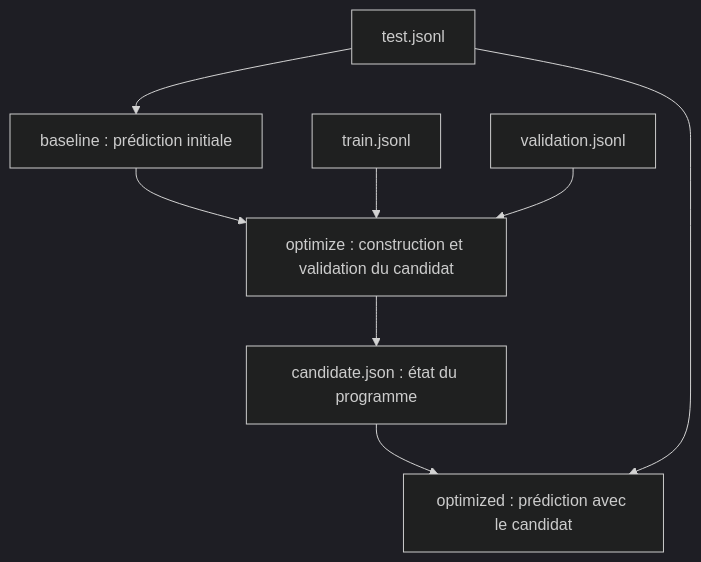
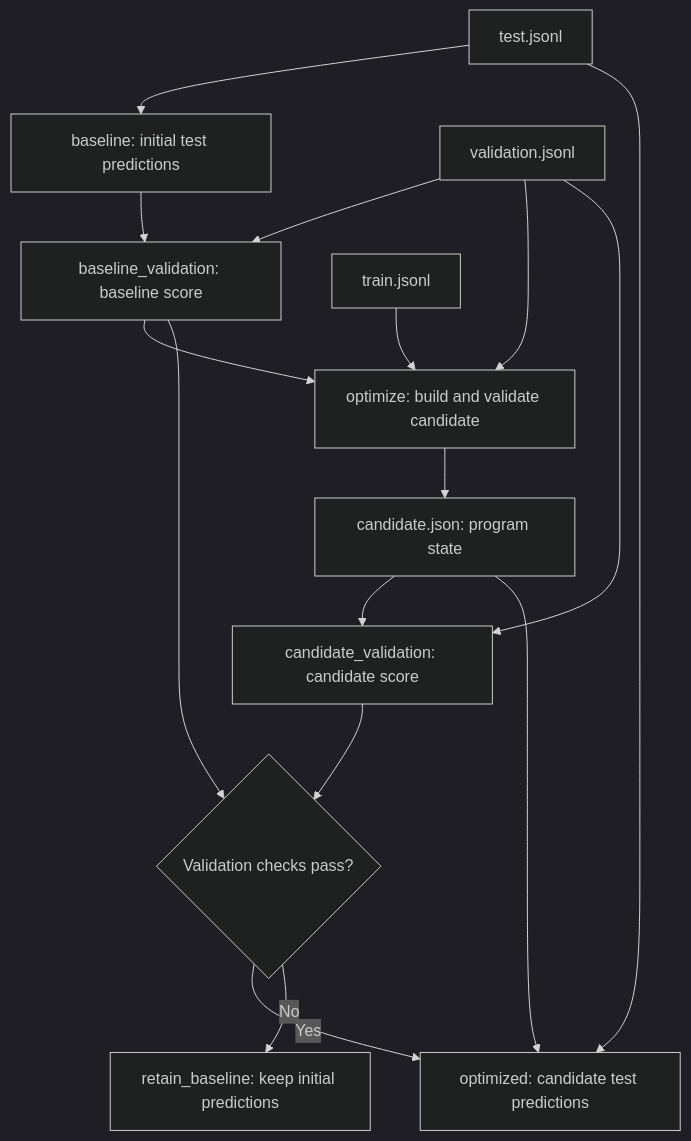
One commit to KhalefAhmed/plugin-dspy changed the diagram in examples/ollama-classification/README.md. Above: the diagram before and after it, drawn with Mermaid (dark theme). The commit also changed other lines of this file, not shown here.

Commit message:
feat: update README with English translations and enhanced flow descriptions

````diff
--- a/examples/ollama-classification/README.md
+++ b/examples/ollama-classification/README.md
@@ -35,10 +36,18 @@
 ```mermaid
 flowchart TD
-    test[test.jsonl] --> baseline[baseline : prédiction initiale]
-    baseline --> optimize[optimize : construction et validation du candidat]
+    test[test.jsonl] --> baseline[baseline: initial test predictions]
+    validation[validation.jsonl] --> baseline_validation[baseline_validation: baseline score]
+    baseline --> baseline_validation
+    baseline_validation --> optimize[optimize: build and validate candidate]
     train[train.jsonl] --> optimize
-    validation[validation.jsonl] --> optimize
-    optimize --> artifact[candidate.json : état du programme]
-    artifact --> optimized[optimized : prédiction avec le candidat]
+    validation --> optimize
+    optimize --> artifact[candidate.json: program state]
+    artifact --> candidate_validation[candidate_validation: candidate score]
+    validation --> candidate_validation
+    baseline_validation --> select_candidate{Validation checks pass?}
+    candidate_validation --> select_candidate
+    select_candidate -->|Yes| optimized[optimized: candidate test predictions]
+    artifact --> optimized
     test --> optimized
+    select_candidate -->|No| retain_baseline[retain_baseline: keep initial predictions]
 ```
````
